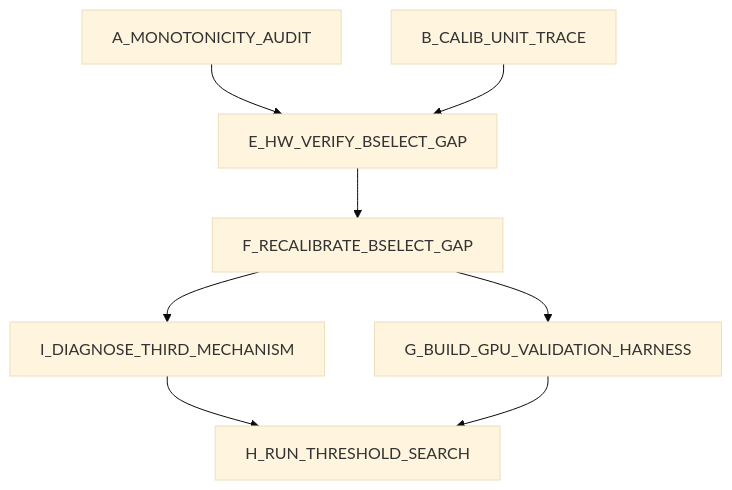
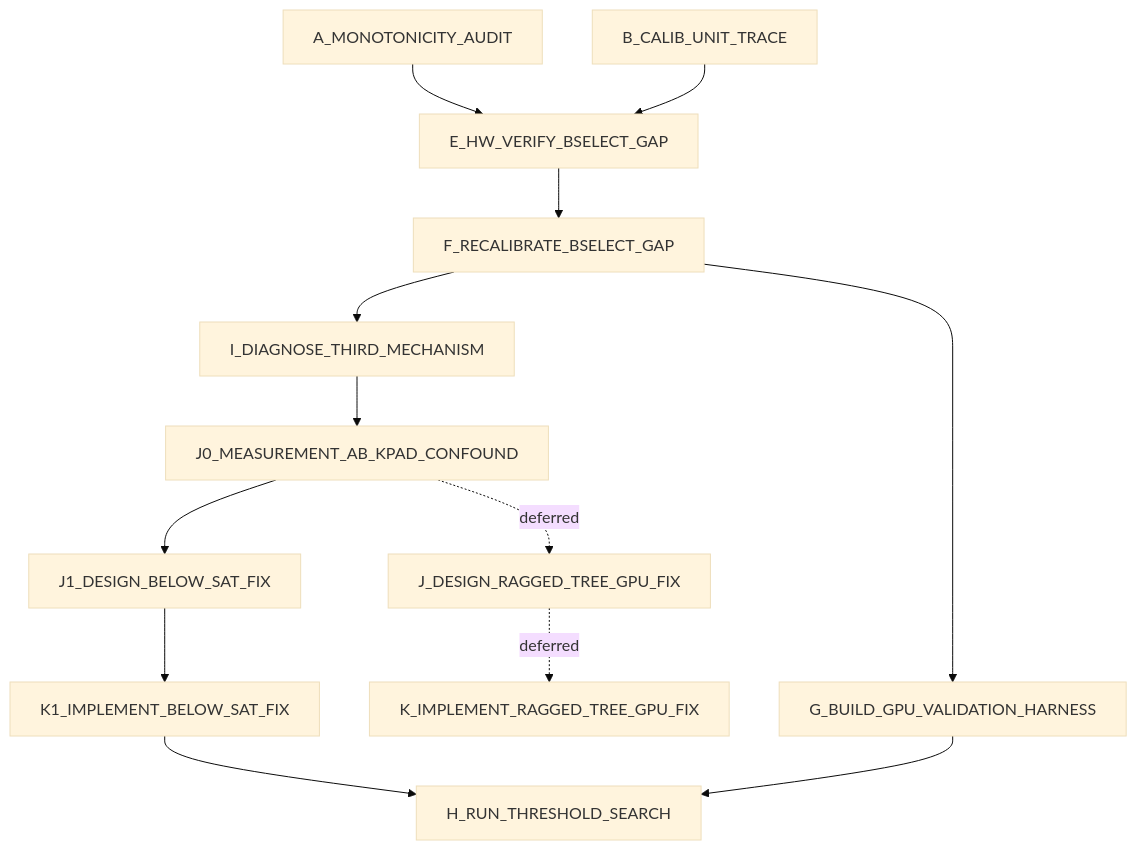
The diagram in SPRINT_GPU_MONOTONICITY_DAG.md (Sarose550/ICM), drawn with Mermaid (base theme) before and after one commit. The commit also changed other lines of this file and 4 other files, not shown here.

````diff
--- a/SPRINT_GPU_MONOTONICITY_DAG.md
+++ b/SPRINT_GPU_MONOTONICITY_DAG.md
@@ -17,10 +17,15 @@
 ```mermaid
 graph TD
   A[A_MONOTONICITY_AUDIT] --> E[E_HW_VERIFY_BSELECT_GAP]
   B[B_CALIB_UNIT_TRACE] --> E
   E --> F[F_RECALIBRATE_BSELECT_GAP]
   F --> I[I_DIAGNOSE_THIRD_MECHANISM]
+  I --> J0[J0_MEASUREMENT_AB_KPAD_CONFOUND]
+  J0 --> J1[J1_DESIGN_BELOW_SAT_FIX]
+  J1 --> K1[K1_IMPLEMENT_BELOW_SAT_FIX]
+  J0 -.deferred.-> J[J_DESIGN_RAGGED_TREE_GPU_FIX]
+  J -.deferred.-> K[K_IMPLEMENT_RAGGED_TREE_GPU_FIX]
   F --> G[G_BUILD_GPU_VALIDATION_HARNESS]
-  I --> H[H_RUN_THRESHOLD_SEARCH]
+  K1 --> H[H_RUN_THRESHOLD_SEARCH]
   G --> H
 ```
````
